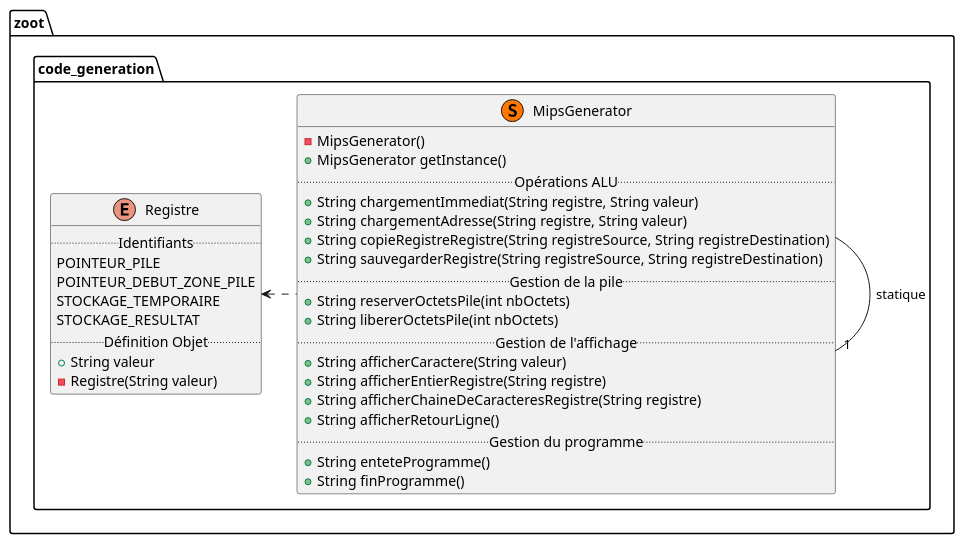
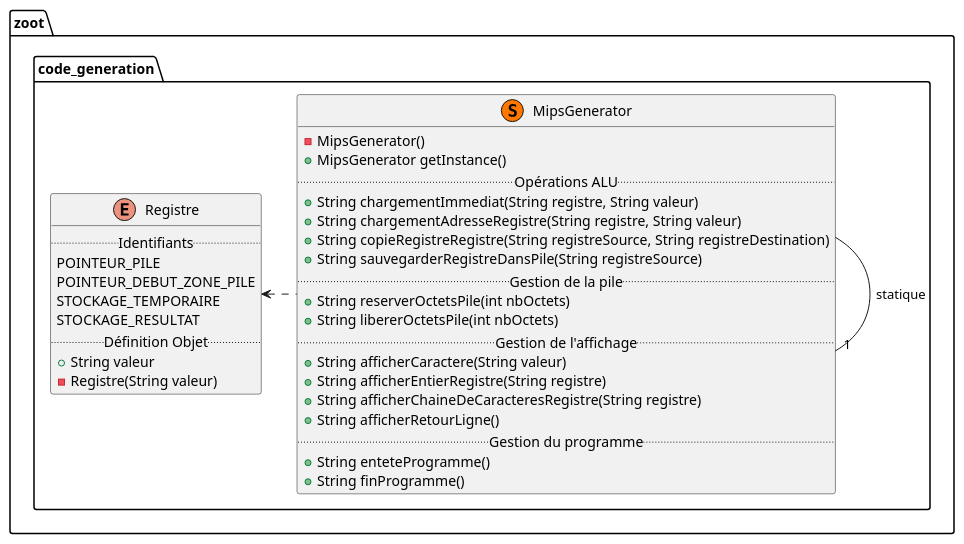
One commit to lmtb06/zoot changed the diagram in diagrammes/classe/code_generation.puml. Above: the diagram before and after it, drawn with PlantUML. The commit also changed 2 other files, not shown here.

Commit message:
Changement de nom pour chargementAdresse devenant chargementAdresseRegistre. Disparition de sauvegarderRegistre pour sauvegarderRegistreDansPile. Implémentation et test de sauvegarderRegistreDansPile à faire avant de merge

```diff
--- a/diagrammes/classe/code_generation.puml
+++ b/diagrammes/classe/code_generation.puml
@@ -1,43 +1,43 @@
 @startuml "Package code_generation"
 
 namespace zoot.code_generation {
     ' Includes
     ' Classes
     enum Registre{
         .. Identifiants ..
         POINTEUR_PILE
         POINTEUR_DEBUT_ZONE_PILE
         STOCKAGE_TEMPORAIRE
         STOCKAGE_RESULTAT
         .. Définition Objet ..
         + String valeur
         - Registre(String valeur)
     }
 
     class MipsGenerator << (S,#FF7700) >> {
         - MipsGenerator()
         + MipsGenerator getInstance()
         .. Opérations ALU ..
         + String chargementImmediat(String registre, String valeur)
-        + String chargementAdresse(String registre, String valeur)
+        + String chargementAdresseRegistre(String registre, String valeur)
         + String copieRegistreRegistre(String registreSource, String registreDestination)
-        + String sauvegarderRegistre(String registreSource, String registreDestination)
+        + String sauvegarderRegistreDansPile(String registreSource)
         .. Gestion de la pile ..
         + String reserverOctetsPile(int nbOctets)
         + String libererOctetsPile(int nbOctets)
         .. Gestion de l'affichage ..
         + String afficherCaractere(String valeur)
         + String afficherEntierRegistre(String registre)
         + String afficherChaineDeCaracteresRegistre(String registre)
         + String afficherRetourLigne()
         .. Gestion du programme ..
         + String enteteProgramme()
         + String finProgramme()
     }
 
     ' Relations entre les classes
     MipsGenerator -right-"1" MipsGenerator : statique
     MipsGenerator .left.> Registre
 
 }
 @enduml
```
